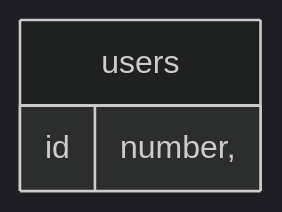
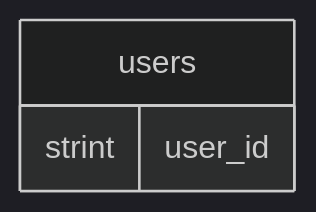
One commit to YutaroMatsumoto/knove changed the diagram in be/README.md. Above: the diagram before and after it, drawn with Mermaid (dark theme).

````diff
--- a/be/README.md
+++ b/be/README.md
@@ -108,12 +108,13 @@
 ```mermaid
 erDiagram
 
 users
 
 users {
-  id number,
+  strint user_id
+  
   
 }
 
 
 ```
````
